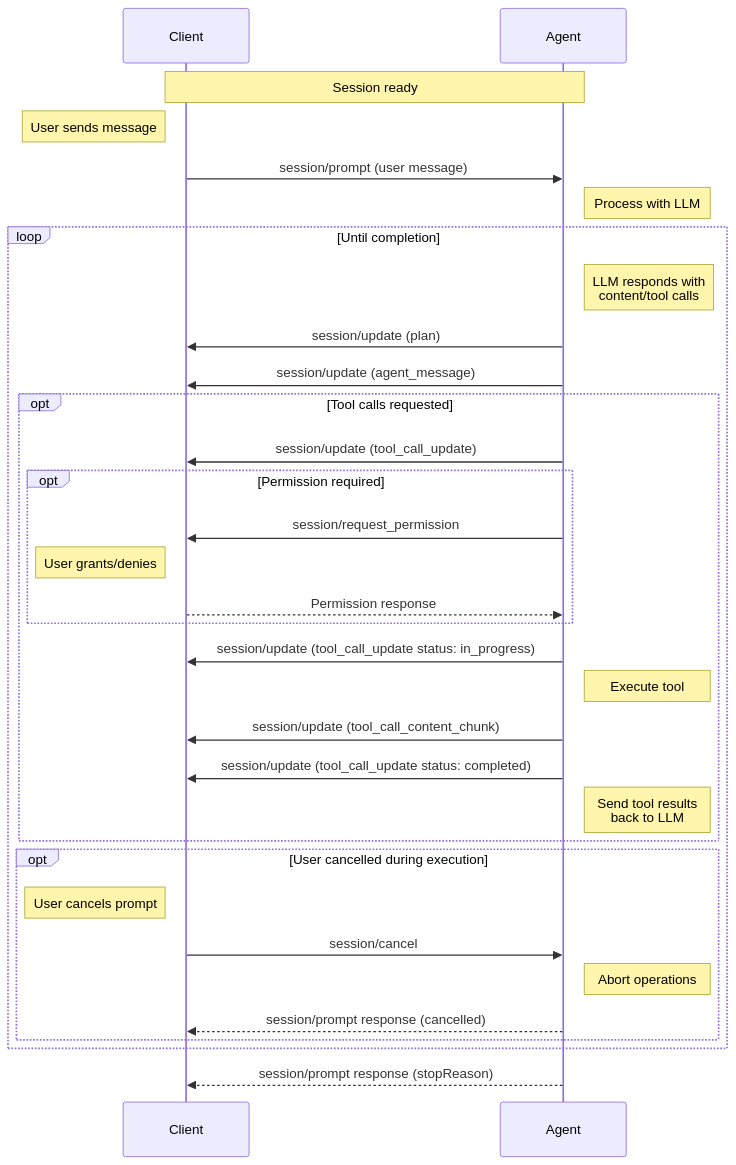
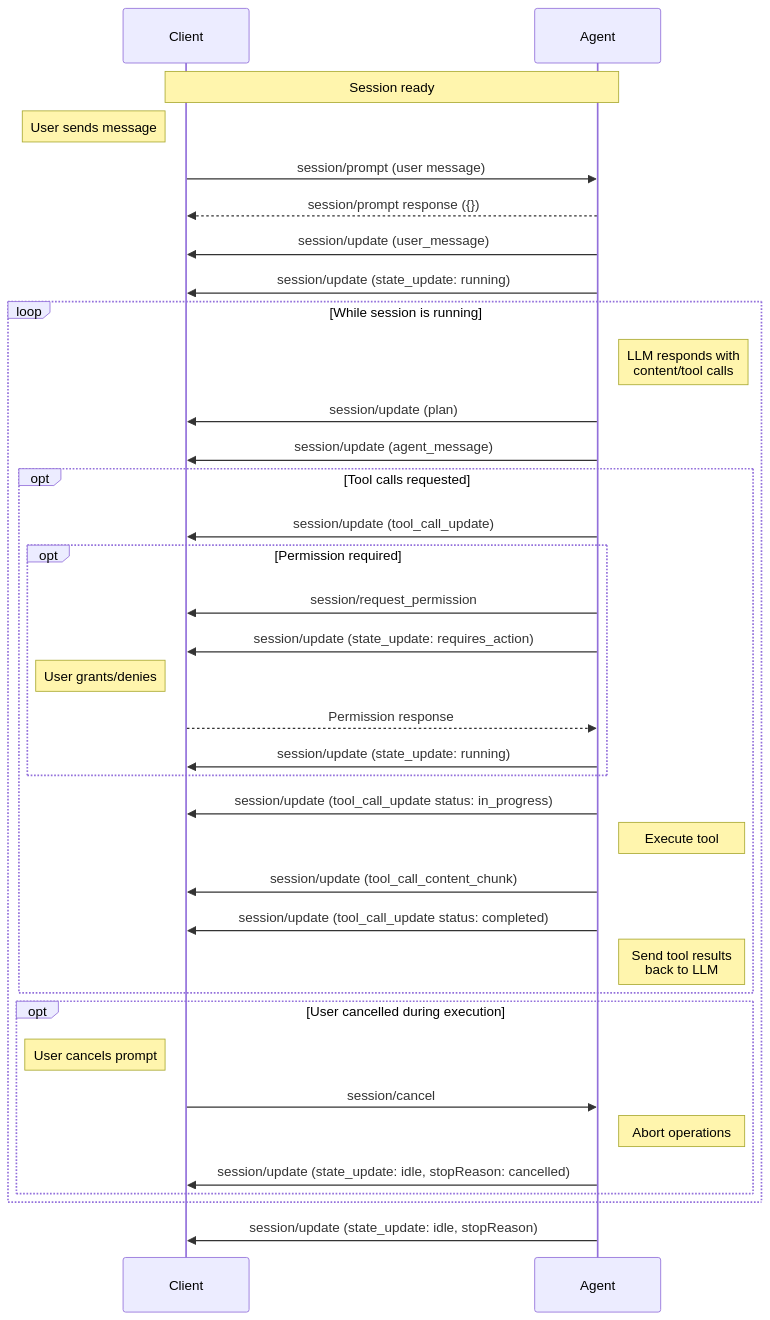
One commit to agentclientprotocol/agent-client-protocol changed the diagram in docs/protocol/v2/draft/prompt-turn.mdx. Above: the diagram before and after it, drawn with Mermaid. The commit also changed other lines of this file and 31 other files, not shown here.

````diff
--- a/docs/protocol/v2/draft/prompt-turn.mdx
+++ b/docs/protocol/v2/draft/prompt-turn.mdx
@@ -16,41 +18,45 @@
 ```mermaid
 sequenceDiagram
     participant Client
     participant Agent
 
     Note over Agent,Client: Session ready
 
     Note left of Client: User sends message
     Client->>Agent: session/prompt (user message)
-    Note right of Agent: Process with LLM
+    Agent-->>Client: session/prompt response ({})
+    Agent->>Client: session/update (user_message)
+    Agent->>Client: session/update (state_update: running)
 
-    loop Until completion
+    loop While session is running
         Note right of Agent: LLM responds with<br/>content/tool calls
         Agent->>Client: session/update (plan)
         Agent->>Client: session/update (agent_message)
 
         opt Tool calls requested
             Agent->>Client: session/update (tool_call_update)
             opt Permission required
                 Agent->>Client: session/request_permission
+                Agent->>Client: session/update (state_update: requires_action)
                 Note left of Client: User grants/denies
                 Client-->>Agent: Permission response
+                Agent->>Client: session/update (state_update: running)
             end
             Agent->>Client: session/update (tool_call_update status: in_progress)
             Note right of Agent: Execute tool
             Agent->>Client: session/update (tool_call_content_chunk)
             Agent->>Client: session/update (tool_call_update status: completed)
             Note right of Agent: Send tool results<br/>back to LLM
         end
 
       opt User cancelled during execution
           Note left of Client: User cancels prompt
           Client->>Agent: session/cancel
           Note right of Agent: Abort operations
-          Agent-->>Client: session/prompt response (cancelled)
+          Agent->>Client: session/update (state_update: idle, stopReason: cancelled)
       end
     end
 
-    Agent-->>Client: session/prompt response (stopReason)
+    Agent->>Client: session/update (state_update: idle, stopReason)
 
 ```
````
